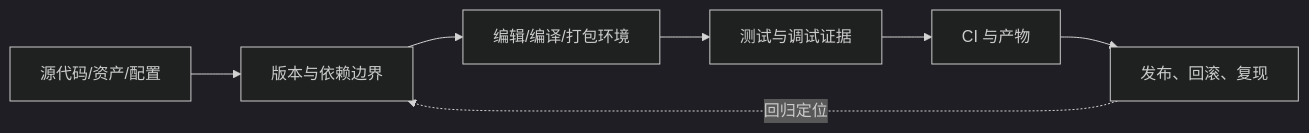
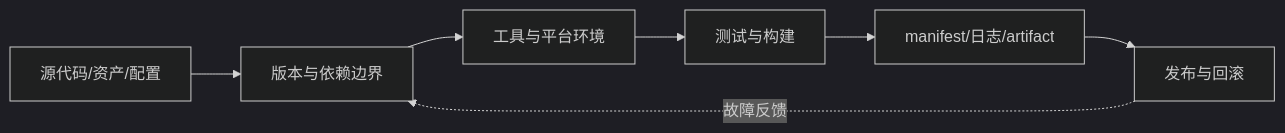
One commit to PainterDiri/Game-Development-Knowledge changed the diagram in knowledge-sets/toolchain-and-git/lessons/00-course-map.md. Above: the diagram before and after it, drawn with Mermaid (dark theme). The commit also changed other lines of this file and 26 other files, not shown here.

````diff
--- a/knowledge-sets/toolchain-and-git/lessons/00-course-map.md
+++ b/knowledge-sets/toolchain-and-git/lessons/00-course-map.md
@@ -21,9 +11,9 @@
 ```mermaid
 flowchart LR
-    S[源代码/资产/配置] --> V[版本与依赖边界]
-    V --> E[编辑/编译/打包环境]
-    E --> T[测试与调试证据]
-    T --> C[CI 与产物]
-    C --> R[发布、回滚、复现]
-    R -. 回归定位 .-> V
+    A[源代码/资产/配置] --> B[版本与依赖边界]
+    B --> C[工具与平台环境]
+    C --> D[测试与构建]
+    D --> E[manifest/日志/artifact]
+    E --> F[发布与回滚]
+    F -. 故障反馈 .-> B
 ```
````
